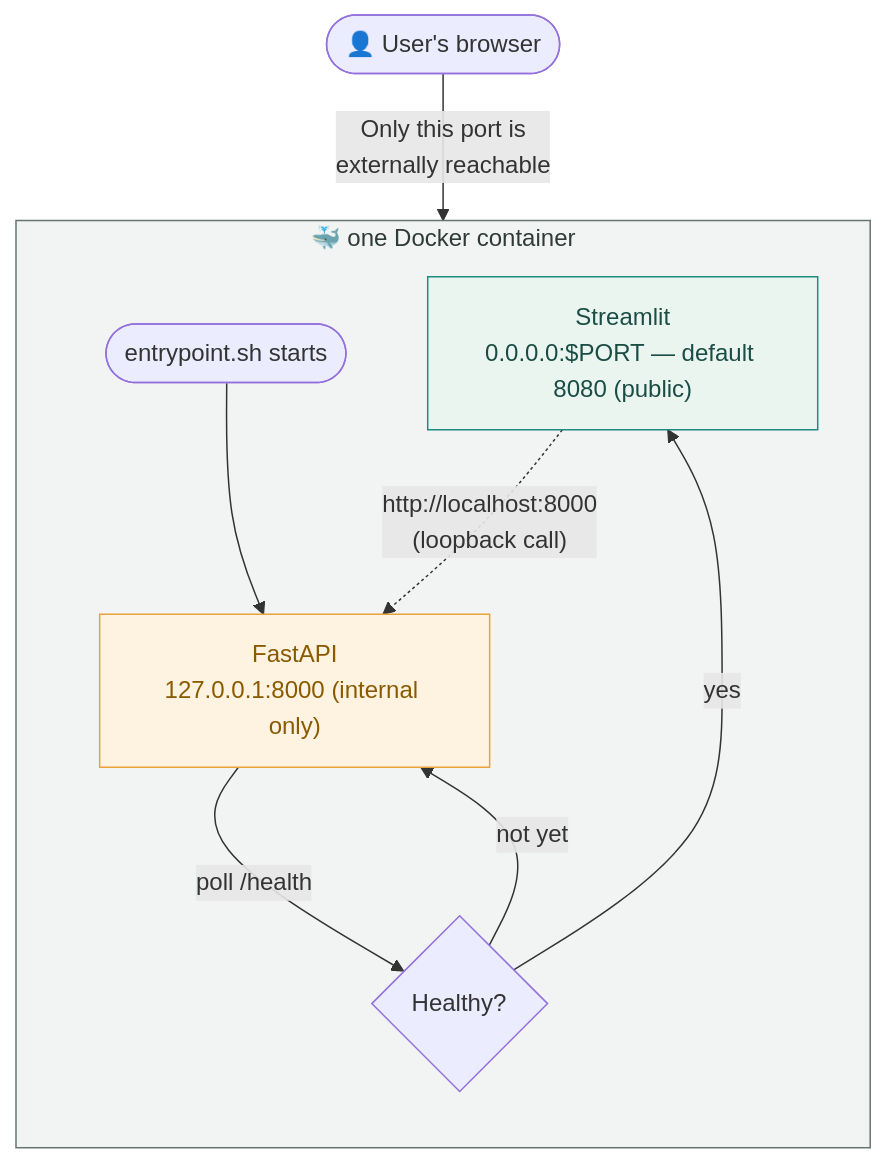
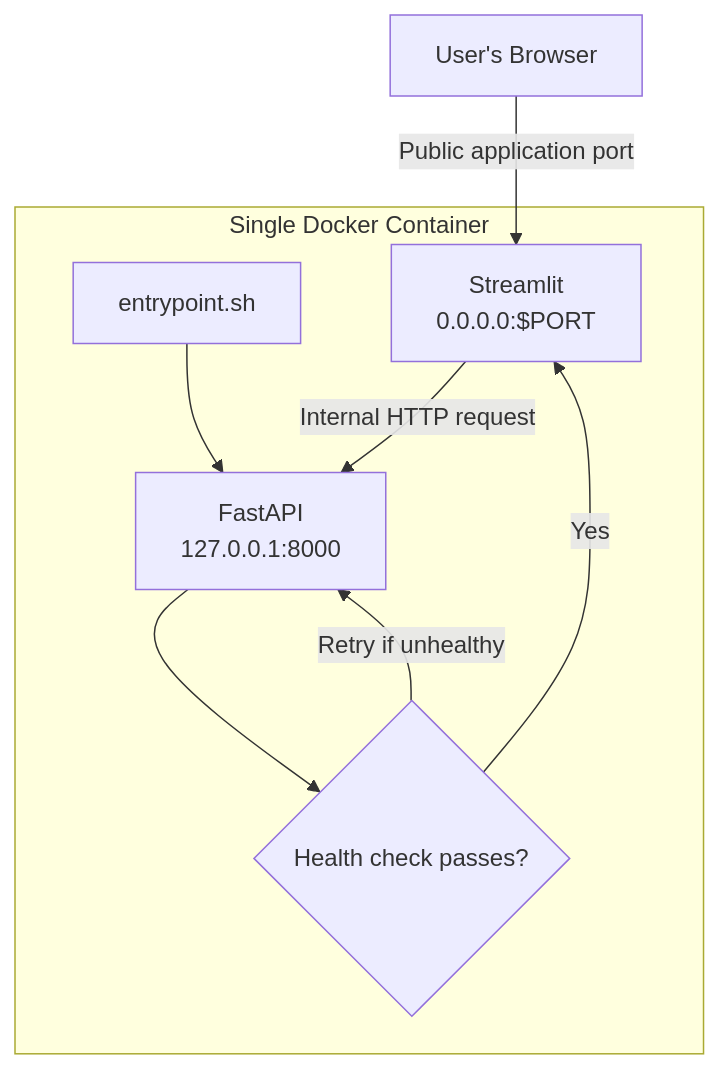
One commit to venkatarachanta-create/Multi-Doc-Assist changed the second of 4 diagrams in README.md. Above: the diagram before and after it, drawn with Mermaid. The commit also changed other lines of this file, not shown here.

````diff
--- a/README.md
+++ b/README.md
@@ -53,17 +153,19 @@
 ```mermaid
 flowchart TB
-    USER(["👤 User's browser"]) -->|"Only this port is<br/>externally reachable"| STREAMLIT
+    USER["User's Browser"]
 
-    subgraph CONTAINER["🐳 one Docker container"]
-        direction TB
-        START(["entrypoint.sh starts"]) --> FASTAPI["FastAPI<br/>127.0.0.1:8000 (internal only)"]
-        FASTAPI -->|"poll /health"| WAIT{"Healthy?"}
-        WAIT -->|"not yet"| FASTAPI
-        WAIT -->|"yes"| STREAMLIT["Streamlit<br/>0.0.0.0:$PORT — default 8080 (public)"]
-        STREAMLIT -.->|"http://localhost:8000<br/>(loopback call)"| FASTAPI
+    subgraph CONTAINER["Single Docker Container"]
+        ENTRY["entrypoint.sh"]
+        API["FastAPI<br/>127.0.0.1:8000"]
+        HEALTH{"Health check passes?"}
+        UI["Streamlit<br/>0.0.0.0:$PORT"]
+
+        ENTRY --> API
+        API --> HEALTH
+        HEALTH -->|"Retry if unhealthy"| API
+        HEALTH -->|"Yes"| UI
+        UI -->|"Internal HTTP request"| API
     end
 
-    style CONTAINER fill:#F2F4F3,stroke:#66756F,color:#2F3B37
-    style FASTAPI fill:#FDF3E0,stroke:#E8A33D,color:#8A5A00
-    style STREAMLIT fill:#EAF5F0,stroke:#1E8C7E,color:#1B4D45
+    USER -->|"Public application port"| UI
 ```
````
